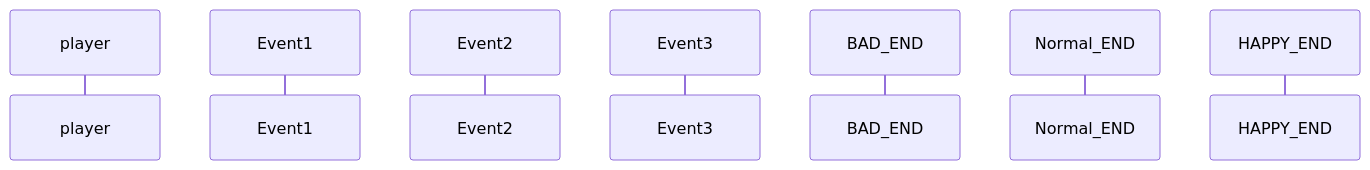
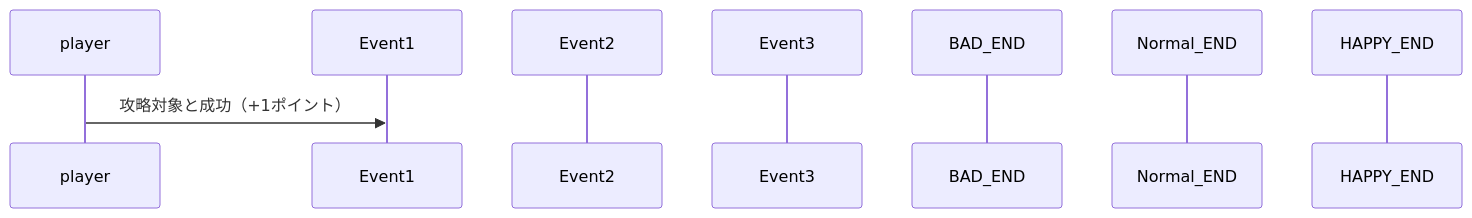
Before and after one commit to tpu-game-2022/mermaid_test: the second of 2 diagrams in README.md, drawn with Mermaid.

Commit message:
変更しました

````diff
--- a/README.md
+++ b/README.md
@@ -37,10 +37,11 @@
 ```mermaid
 sequenceDiagram
 participant player
 participant　Event1
 participant　Event2
 participant  Event3
 participant　BAD_END
 participant　Normal_END
 participant　HAPPY_END
+player->>Event1:攻略対象と成功（+1ポイント）
 ```
````
